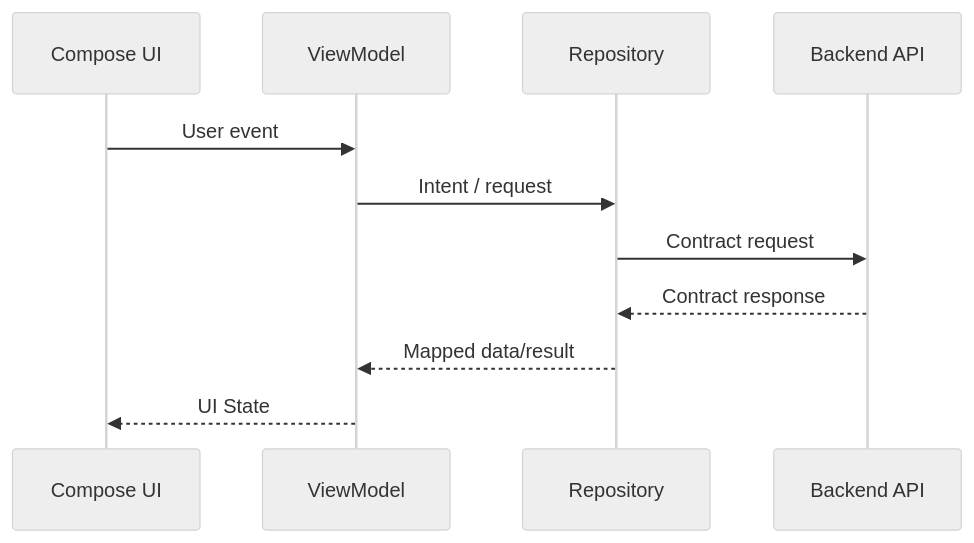
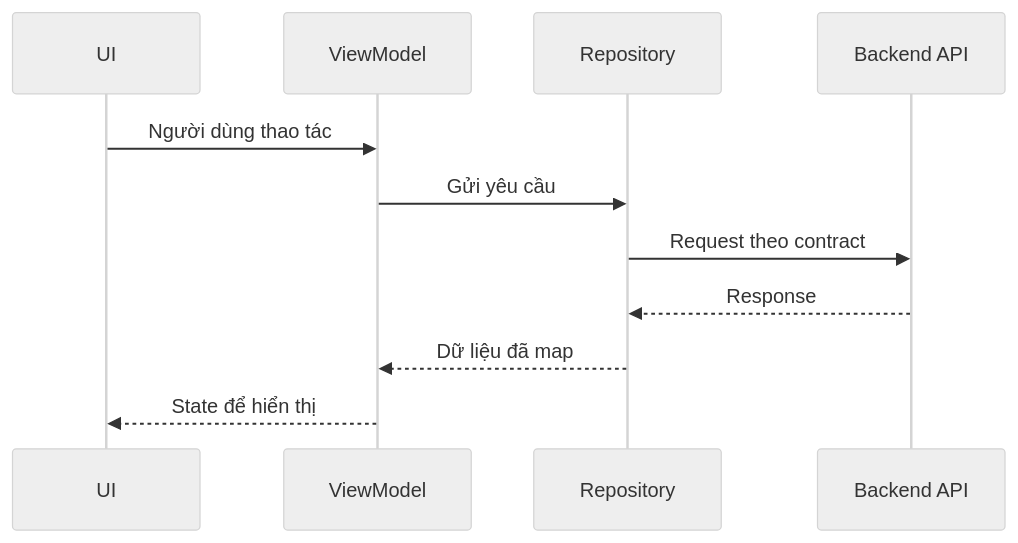
One commit to Danh20100/moibile_app changed the third of 4 diagrams in docs/contexts/integration-contracts.md. Above: the diagram before and after it, drawn with Mermaid (neutral theme). The commit also changed other lines of this file and 9 other files, not shown here.

````diff
--- a/docs/contexts/integration-contracts.md
+++ b/docs/contexts/integration-contracts.md
@@ -33,14 +40,14 @@
 ```mermaid
 sequenceDiagram
-    participant UI as Compose UI
+    participant UI as UI
     participant VM as ViewModel
     participant R as Repository
     participant API as Backend API
 
-    UI->>VM: User event
-    VM->>R: Intent / request
-    R->>API: Contract request
-    API-->>R: Contract response
-    R-->>VM: Mapped data/result
-    VM-->>UI: UI State
+    UI->>VM: Người dùng thao tác
+    VM->>R: Gửi yêu cầu
+    R->>API: Request theo contract
+    API-->>R: Response
+    R-->>VM: Dữ liệu đã map
+    VM-->>UI: State để hiển thị
 ```
````
